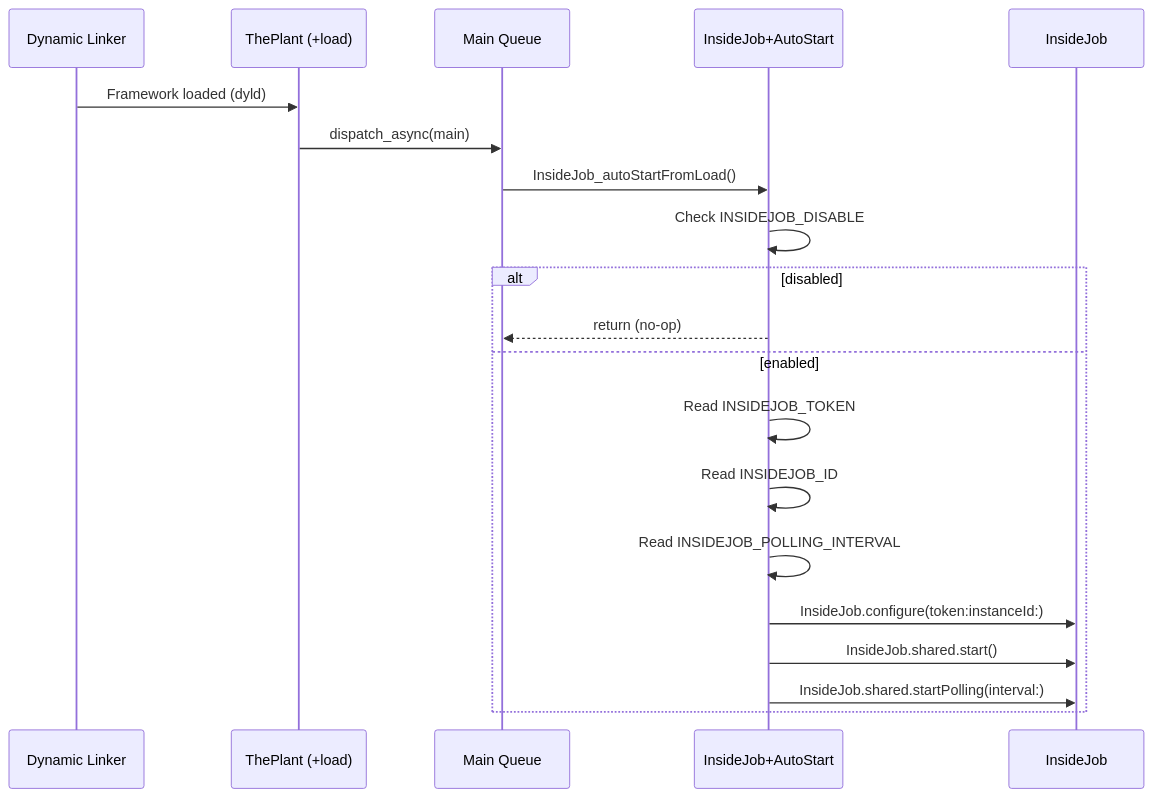
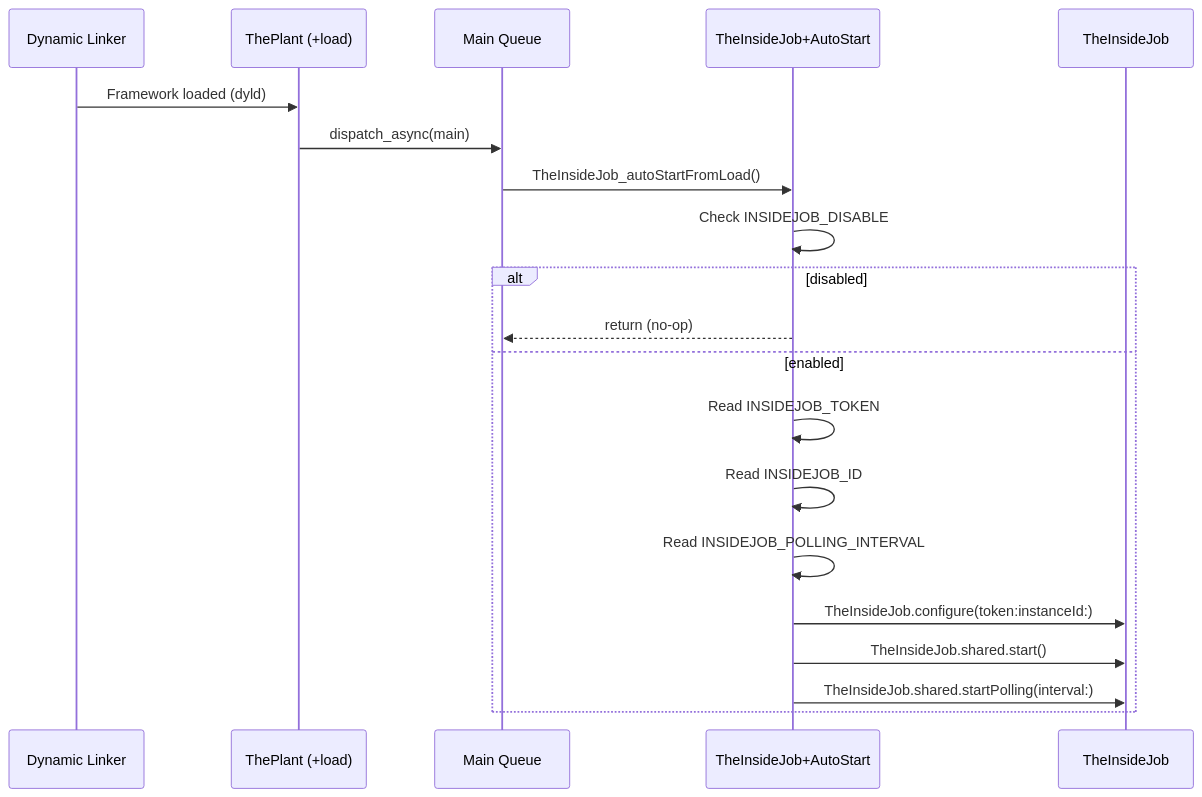
One commit to RoyalPineapple/TheButtonHeist changed the first of 2 diagrams in docs/dossiers/06-THEPLANT.md. Above: the diagram before and after it, drawn with Mermaid. The commit also changed other lines of this file and 66 other files, not shown here.

Commit message:
Rename InsideJob to TheInsideJob (framework and class only)

````diff
--- a/docs/dossiers/06-THEPLANT.md
+++ b/docs/dossiers/06-THEPLANT.md
@@ -19,24 +19,24 @@
 ```mermaid
 sequenceDiagram
     participant DL as Dynamic Linker
     participant TP as ThePlant (+load)
     participant MQ as Main Queue
-    participant AS as InsideJob+AutoStart
-    participant IJ as InsideJob
+    participant AS as TheInsideJob+AutoStart
+    participant IJ as TheInsideJob
 
     DL->>TP: Framework loaded (dyld)
     TP->>MQ: dispatch_async(main)
-    MQ->>AS: InsideJob_autoStartFromLoad()
+    MQ->>AS: TheInsideJob_autoStartFromLoad()
 
     AS->>AS: Check INSIDEJOB_DISABLE
     alt disabled
         AS-->>MQ: return (no-op)
     else enabled
         AS->>AS: Read INSIDEJOB_TOKEN
         AS->>AS: Read INSIDEJOB_ID
         AS->>AS: Read INSIDEJOB_POLLING_INTERVAL
-        AS->>IJ: InsideJob.configure(token:instanceId:)
-        AS->>IJ: InsideJob.shared.start()
-        AS->>IJ: InsideJob.shared.startPolling(interval:)
+        AS->>IJ: TheInsideJob.configure(token:instanceId:)
+        AS->>IJ: TheInsideJob.shared.start()
+        AS->>IJ: TheInsideJob.shared.startPolling(interval:)
     end
 ```
````
